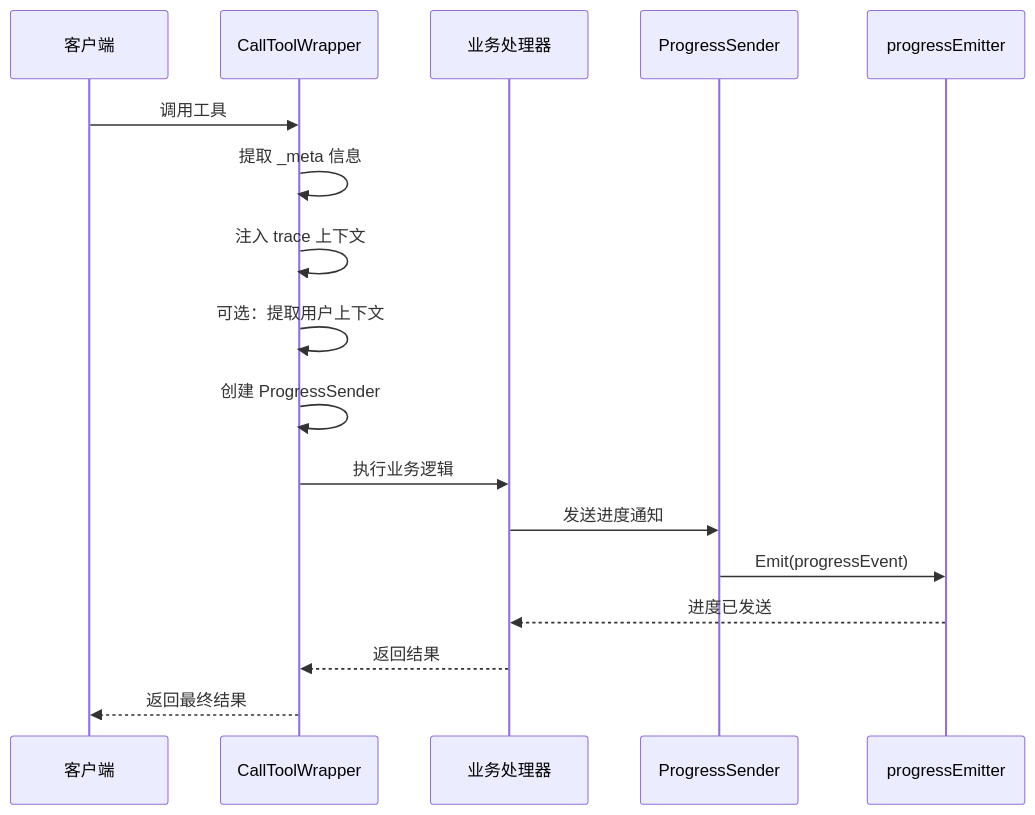
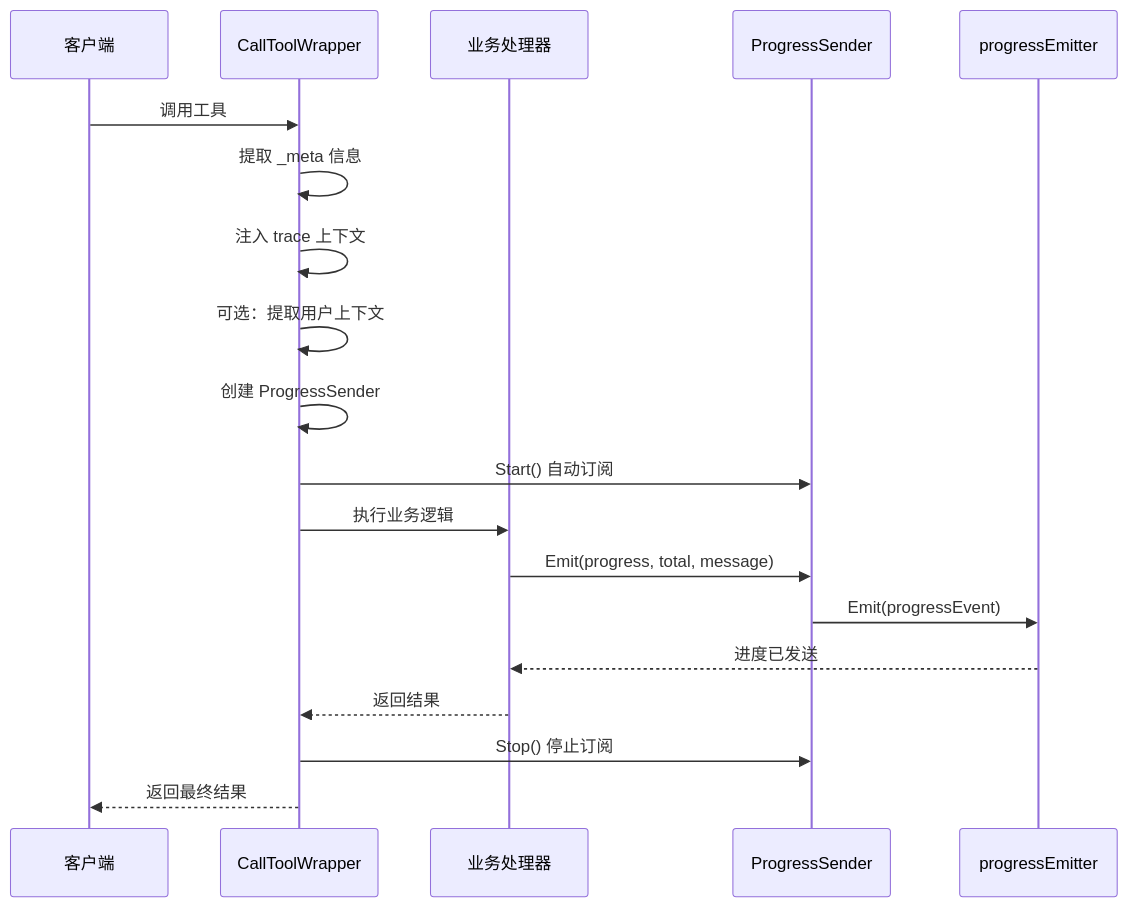
Before and after one commit to maomao94/zero-service: the seventh of 19 diagrams in .qoder/repowiki/zh/content/Mcpx Client Package.md, drawn with Mermaid. The commit also changed other lines of this file and 58 other files, not shown here.

````diff
--- a/.qoder/repowiki/zh/content/Mcpx Client Package.md
+++ b/.qoder/repowiki/zh/content/Mcpx Client Package.md
@@ -426,19 +424,21 @@
 ```mermaid
 sequenceDiagram
 participant Client as 客户端
 participant Wrapper as CallToolWrapper
 participant Handler as 业务处理器
 participant Sender as ProgressSender
 participant Emitter as progressEmitter
 Client->>Wrapper : 调用工具
 Wrapper->>Wrapper : 提取 _meta 信息
 Wrapper->>Wrapper : 注入 trace 上下文
 Wrapper->>Wrapper : 可选：提取用户上下文
 Wrapper->>Wrapper : 创建 ProgressSender
+Wrapper->>Sender : Start() 自动订阅
 Wrapper->>Handler : 执行业务逻辑
-Handler->>Sender : 发送进度通知
+Handler->>Sender : Emit(progress, total, message)
 Sender->>Emitter : Emit(progressEvent)
 Emitter-->>Handler : 进度已发送
 Handler-->>Wrapper : 返回结果
+Wrapper->>Sender : Stop() 停止订阅
 Wrapper-->>Client : 返回最终结果
 ```
````
